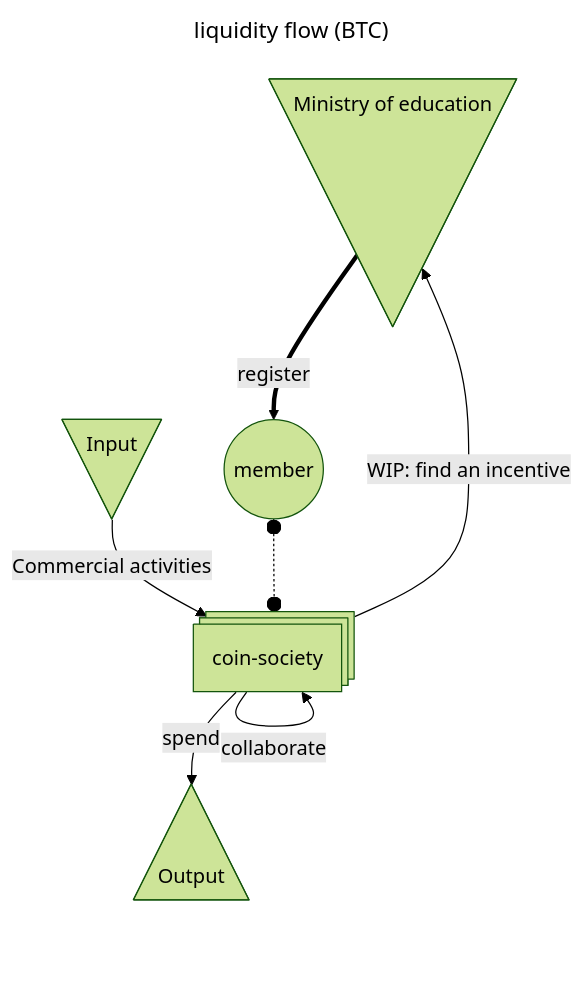
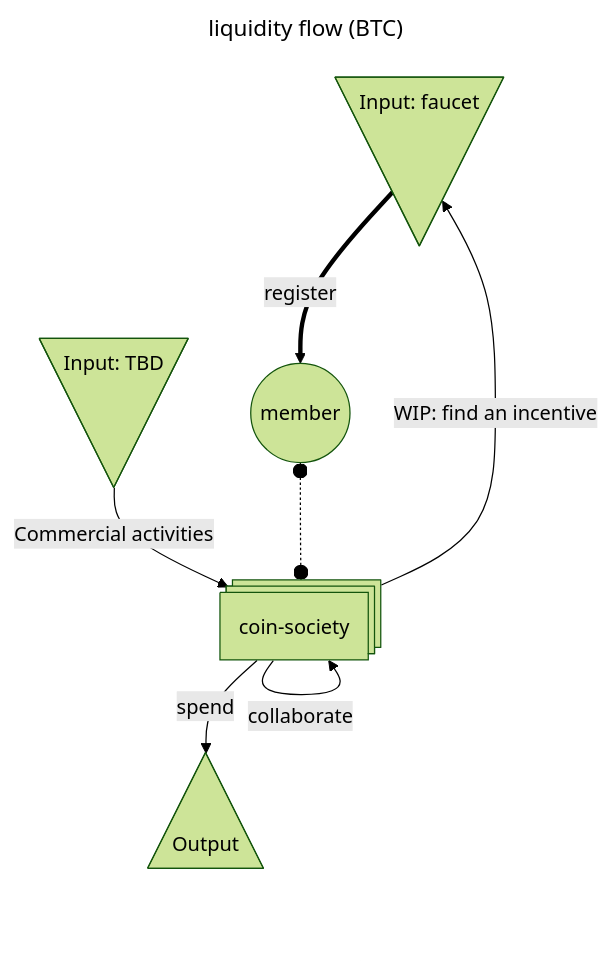
The diagram in README.md (cromatikap/coin-society), drawn with Mermaid (forest theme) before and after one commit. The commit also changed other lines of this file, not shown here.

````diff
--- a/README.md
+++ b/README.md
@@ -56,12 +25,12 @@
 ```mermaid
 ---
 title: liquidity flow (BTC)
 ---
 flowchart TD
-    Faucet@{ shape: flip-tri, label: "Ministry of education" } ==register==> Member((member))
-    Commercial@{ shape: flip-tri, label: Input } -- Commercial activities --> TBDsociety
+    Faucet@{ shape: flip-tri, label: "Input: faucet" } ==register==> Member((member))
+    Commercial@{ shape: flip-tri, label: "Input: TBD" } -- Commercial activities --> TBDsociety
     Member o-.-o TBDsociety@{ shape: procs, label: "coin-society"}
     TBDsociety -- WIP: find an incentive --> Faucet
     TBDsociety -- collaborate --> TBDsociety
     TBDsociety -- spend --> Output@{ shape: tri }
 ```
````
